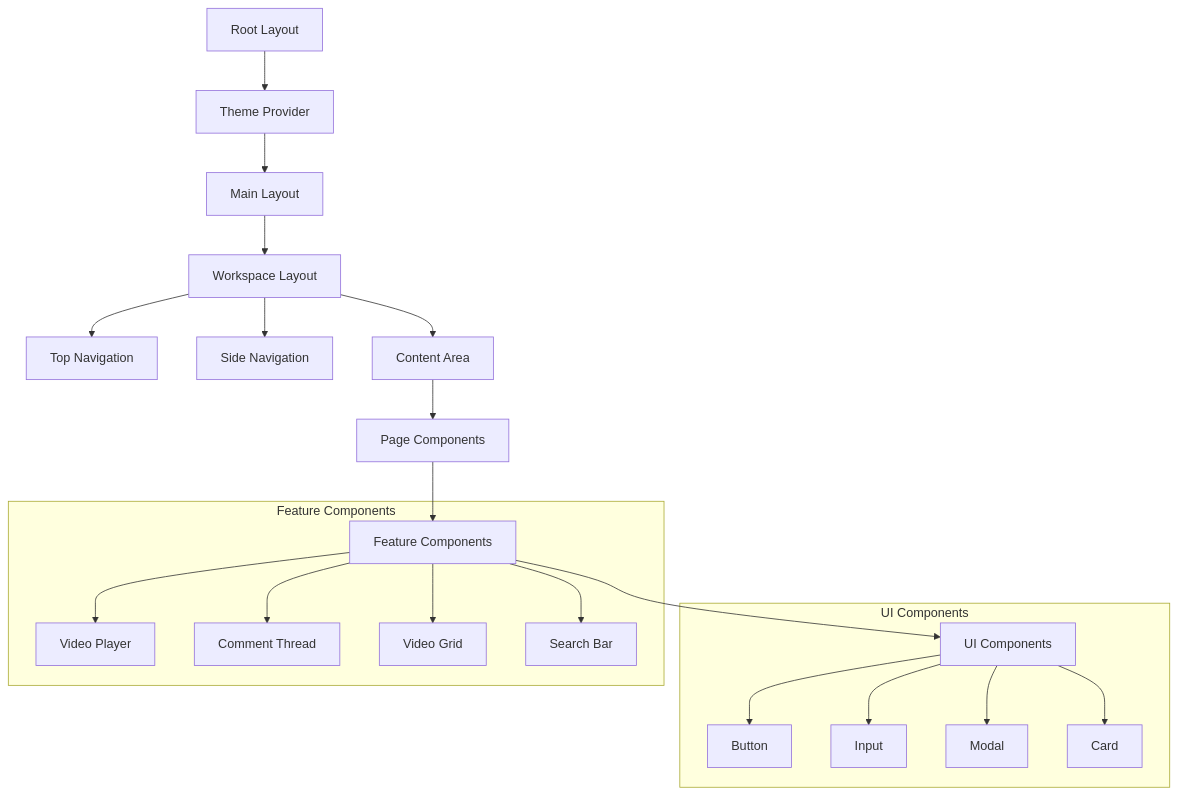
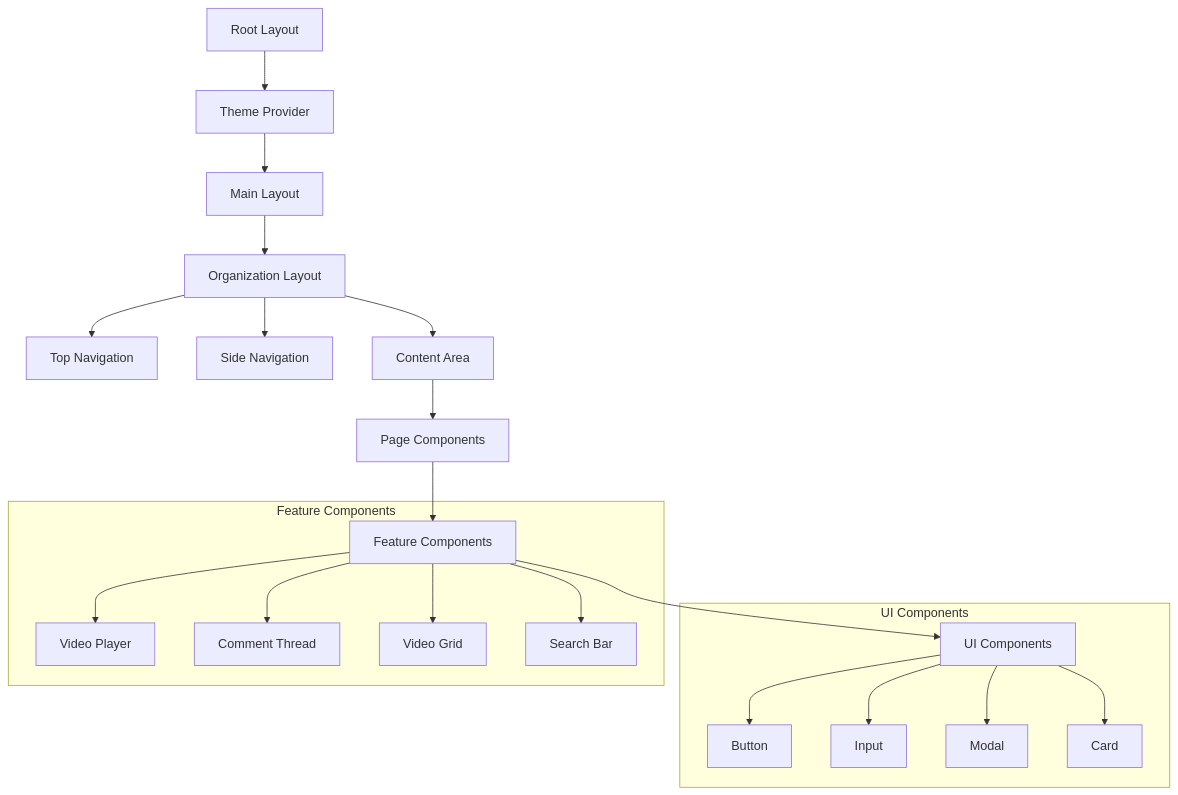
The second of 2 diagrams in docs/internal/architecture/frontend.md (nuclom/nuclom), drawn with Mermaid before and after one commit. The commit also changed other lines of this file and 57 other files, not shown here.

Commit message:
Rename workspace to organization (#39)

````diff
--- a/docs/internal/architecture/frontend.md
+++ b/docs/internal/architecture/frontend.md
@@ -132,26 +135,26 @@
 ```mermaid
 graph TB
     A[Root Layout] --> B[Theme Provider]
     B --> C[Main Layout]
-    C --> D[Workspace Layout]
+    C --> D[Organization Layout]
     D --> E[Top Navigation]
     D --> F[Side Navigation]
     D --> G[Content Area]
     G --> H[Page Components]
     H --> I[Feature Components]
     I --> J[UI Components]
-    
+
     subgraph "UI Components"
         J --> K[Button]
         J --> L[Input]
         J --> M[Modal]
         J --> N[Card]
     end
-    
+
     subgraph "Feature Components"
         I --> O[Video Player]
         I --> P[Comment Thread]
         I --> Q[Video Grid]
         I --> R[Search Bar]
     end
 ```
````
